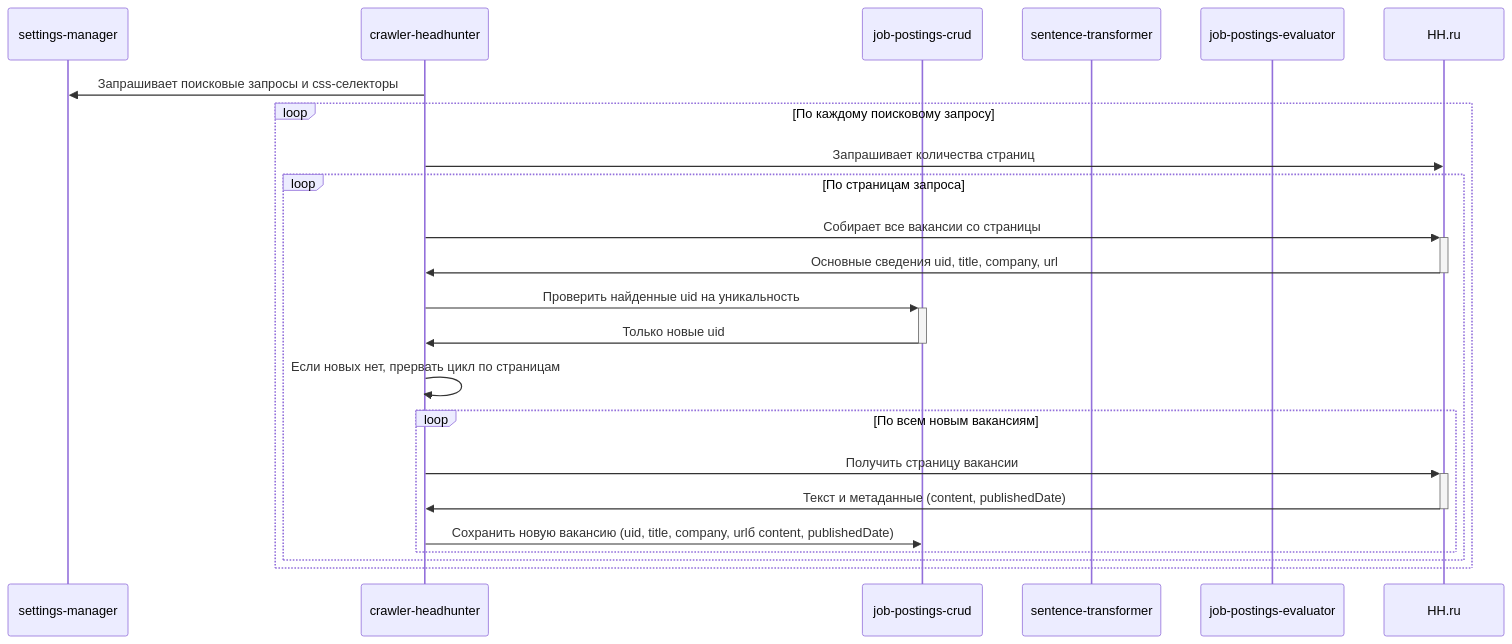
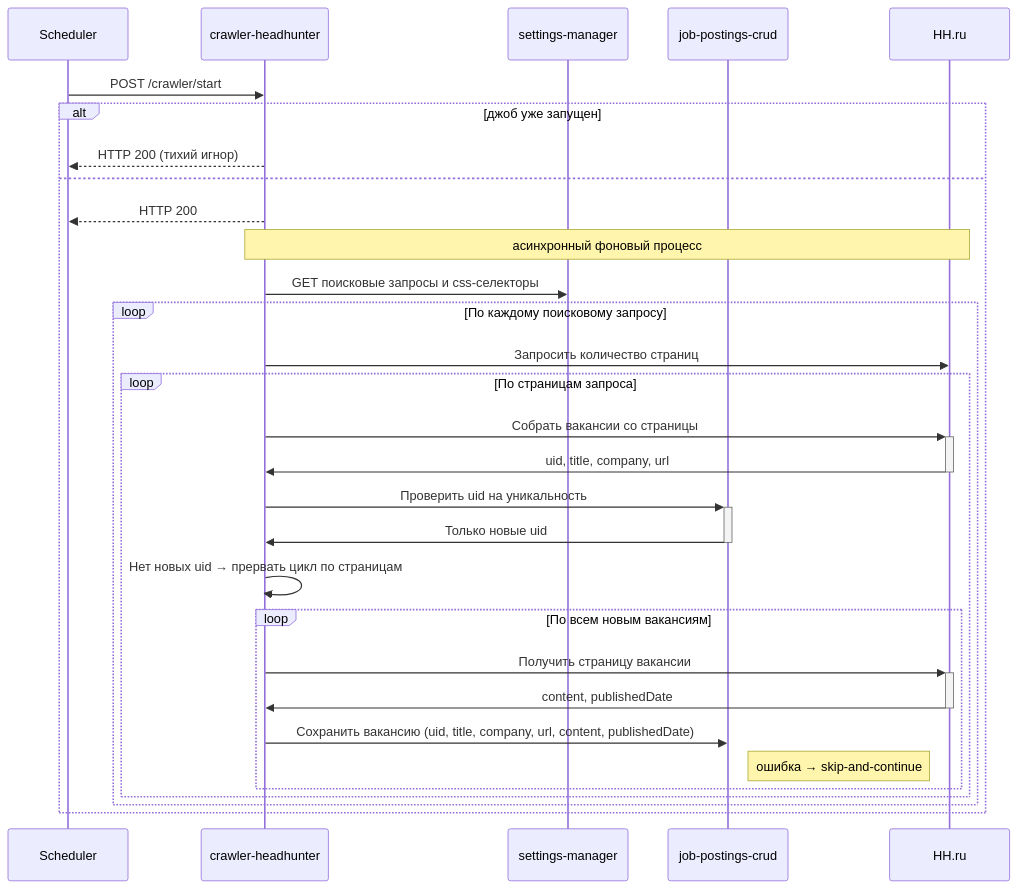
Before and after one commit to joposcragent/specifications: the diagram in services/crawler-headhunter/readme.md, drawn with Mermaid. The commit also changed other lines of this file, not shown here.

Commit message:
переработал постановку

````diff
--- a/services/crawler-headhunter/readme.md
+++ b/services/crawler-headhunter/readme.md
@@ -22,31 +45,37 @@
 ```mermaid
 sequenceDiagram
-    participant settings as settings-manager
-    participant crawler as crawler-headhunter
-    participant postings as job-postings-crud
-    participant transformer as sentence-transformer
-    participant evaluator as job-postings-evaluator
-    participant hh as HH.ru
+    participant Scheduler
+    participant Crawler as crawler-headhunter
+    participant Settings as settings-manager
+    participant Postings as job-postings-crud
+    participant HH as HH.ru
 
-    crawler->>settings: Запрашивает поисковые запросы и css-селекторы
+    Scheduler->>Crawler: POST /crawler/start
 
-    loop По каждому поисковому запросу
-        crawler->>hh: Запрашивает количества страниц
-        
-        loop По страницам запроса
-            crawler->>+hh: Собирает все вакансии со страницы
-            hh->>-crawler: Основные сведения uid, title, company, url
-            crawler->>+postings: Проверить найденные uid на уникальность
-            postings->>-crawler: Только новые uid
+    alt джоб уже запущен
+        Crawler-->>Scheduler: HTTP 200 (тихий игнор)
+    else
+        Crawler-->>Scheduler: HTTP 200
+        Note over Crawler,HH: асинхронный фоновый процесс
+        Crawler->>Settings: GET поисковые запросы и css-селекторы
 
-            crawler->>crawler: Если новых нет, прервать цикл по страницам
+        loop По каждому поисковому запросу
+            Crawler->>HH: Запросить количество страниц
 
-            loop По всем новым вакансиям
-                crawler->>+hh: Получить страницу вакансии
-                hh->>-crawler: Текст и метаданные (content, publishedDate)
-                crawler->>postings: Сохранить новую вакансию (uid, title, company, urlб content, publishedDate)
-            end            
+            loop По страницам запроса
+                Crawler->>+HH: Собрать вакансии со страницы
+                HH->>-Crawler: uid, title, company, url
+                Crawler->>+Postings: Проверить uid на уникальность
+                Postings->>-Crawler: Только новые uid
+                Crawler->>Crawler: Нет новых uid → прервать цикл по страницам
+
+                loop По всем новым вакансиям
+                    Crawler->>+HH: Получить страницу вакансии
+                    HH->>-Crawler: content, publishedDate
+                    Crawler->>Postings: Сохранить вакансию (uid, title, company, url, content, publishedDate)
+                    Note right of Postings: ошибка → skip-and-continue
+                end
+            end
         end
     end
-
 ```
````
